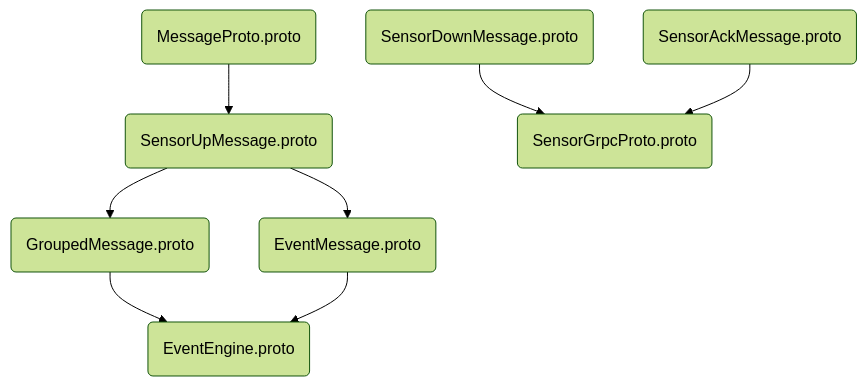
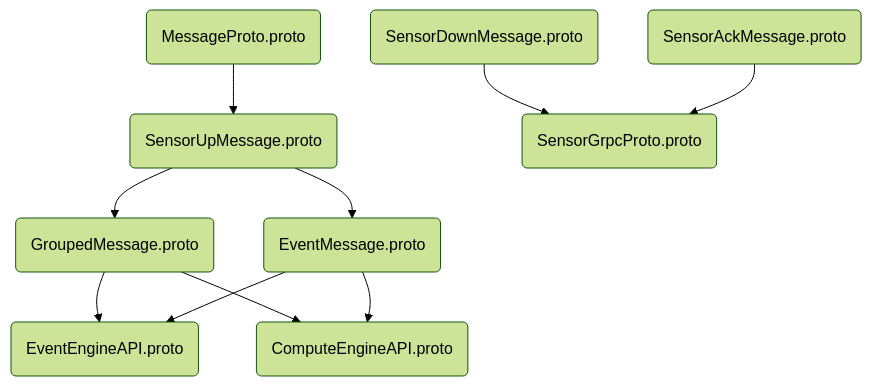
One commit to zhaihaiqing/MessageProto changed the first of 3 diagrams in readme.md. Above: the diagram before and after it, drawn with Mermaid (forest theme). The commit also changed other lines of this file, not shown here.

````diff
--- a/readme.md
+++ b/readme.md
@@ -7,14 +7,16 @@
 ```mermaid
 graph TB
 
 A(MessageProto.proto)-->B(SensorUpMessage.proto)
 C(SensorDownMessage.proto)
 D(SensorAckMessage.proto)
 C-->E(SensorGrpcProto.proto)
 D-->E
 B-->F(GroupedMessage.proto)
 B-->G(EventMessage.proto)
-F-->H(EventEngine.proto)
+F-->H(EventEngineAPI.proto)
 G-->H
+F-->I(ComputeEngineAPI.proto)
+G-->I
 
 ```
````
